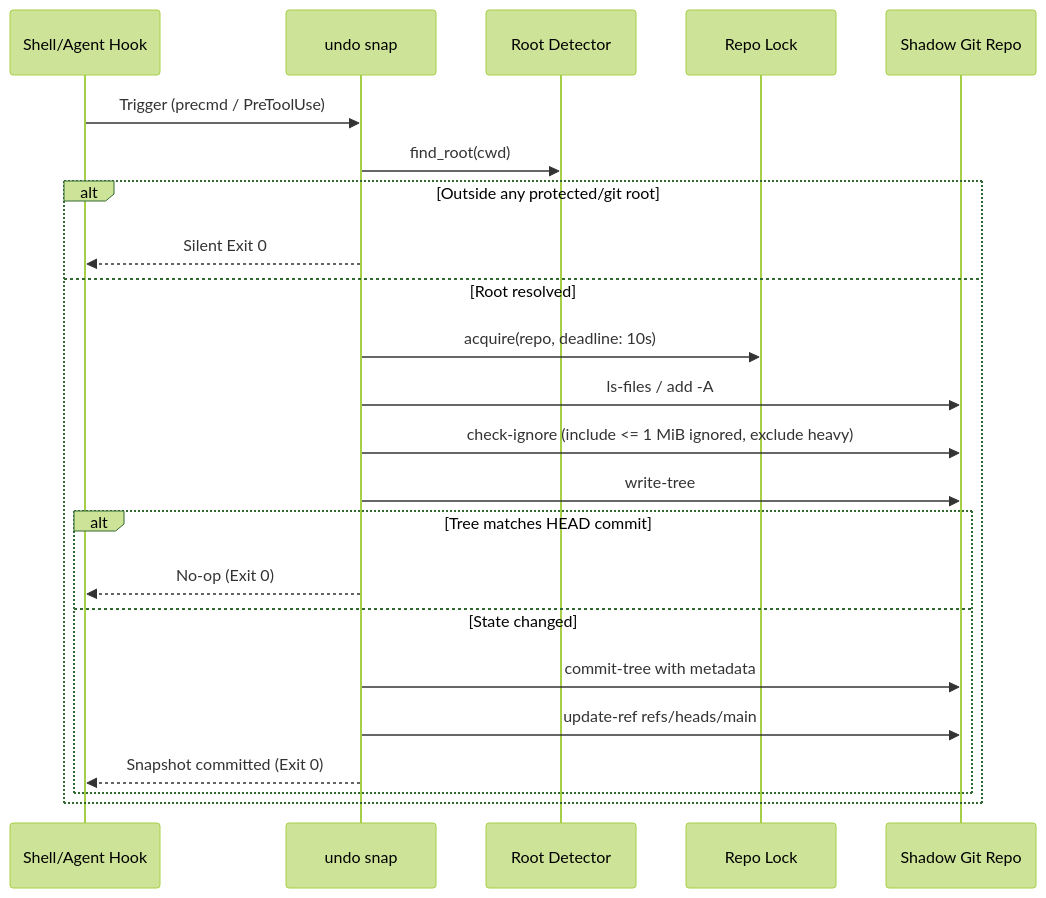
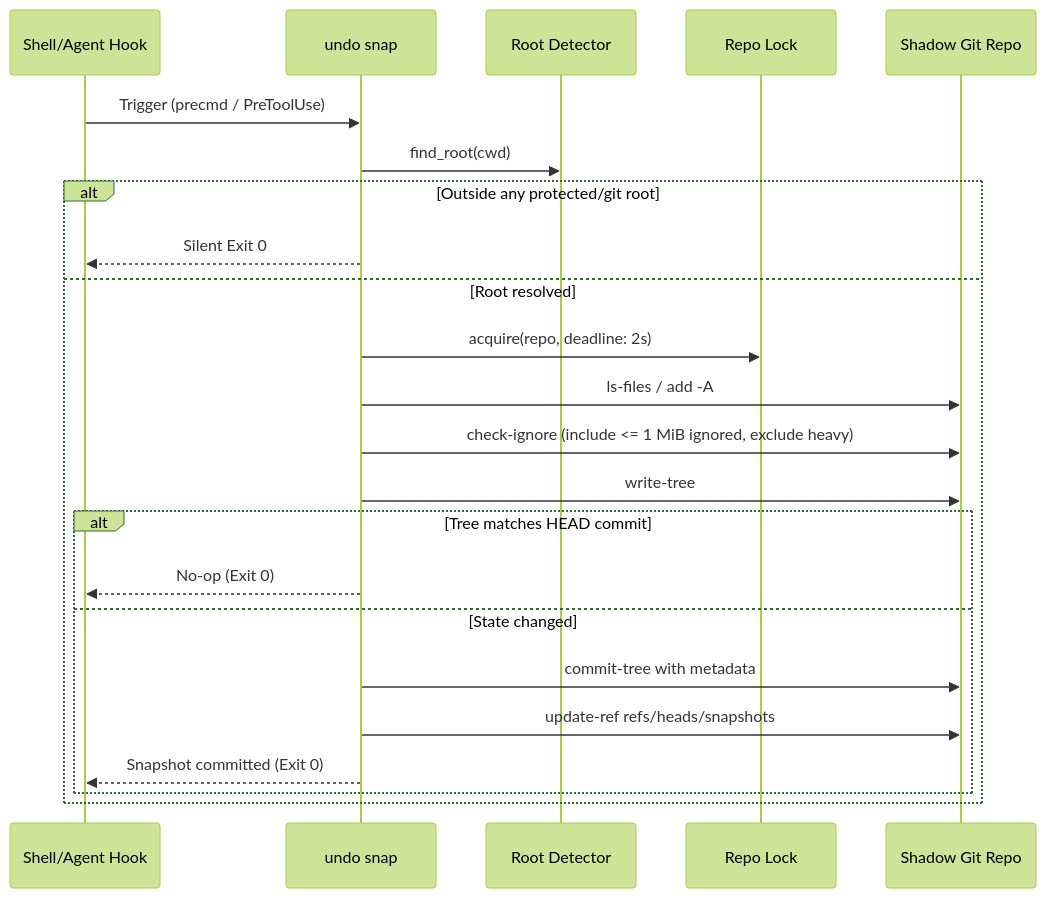
One commit to dpologdvinity/undo changed the first of 2 diagrams in ARCHITECTURE.md. Above: the diagram before and after it, drawn with Mermaid (forest theme). The commit also changed other lines of this file and 6 other files, not shown here.

````diff
--- a/ARCHITECTURE.md
+++ b/ARCHITECTURE.md
@@ -68,26 +68,26 @@
 ```mermaid
 sequenceDiagram
     participant User/Hook as Shell/Agent Hook
     participant Snap as undo snap
     participant Root as Root Detector
     participant Lock as Repo Lock
     participant Git as Shadow Git Repo
 
     User/Hook->>Snap: Trigger (precmd / PreToolUse)
     Snap->>Root: find_root(cwd)
     alt Outside any protected/git root
         Snap-->>User/Hook: Silent Exit 0
     else Root resolved
-        Snap->>Lock: acquire(repo, deadline: 10s)
+        Snap->>Lock: acquire(repo, deadline: 2s)
         Snap->>Git: ls-files / add -A
         Snap->>Git: check-ignore (include <= 1 MiB ignored, exclude heavy)
         Snap->>Git: write-tree
         alt Tree matches HEAD commit
             Snap-->>User/Hook: No-op (Exit 0)
         else State changed
             Snap->>Git: commit-tree with metadata
-            Snap->>Git: update-ref refs/heads/main
+            Snap->>Git: update-ref refs/heads/snapshots
             Snap-->>User/Hook: Snapshot committed (Exit 0)
         end
     end
 ```
````
